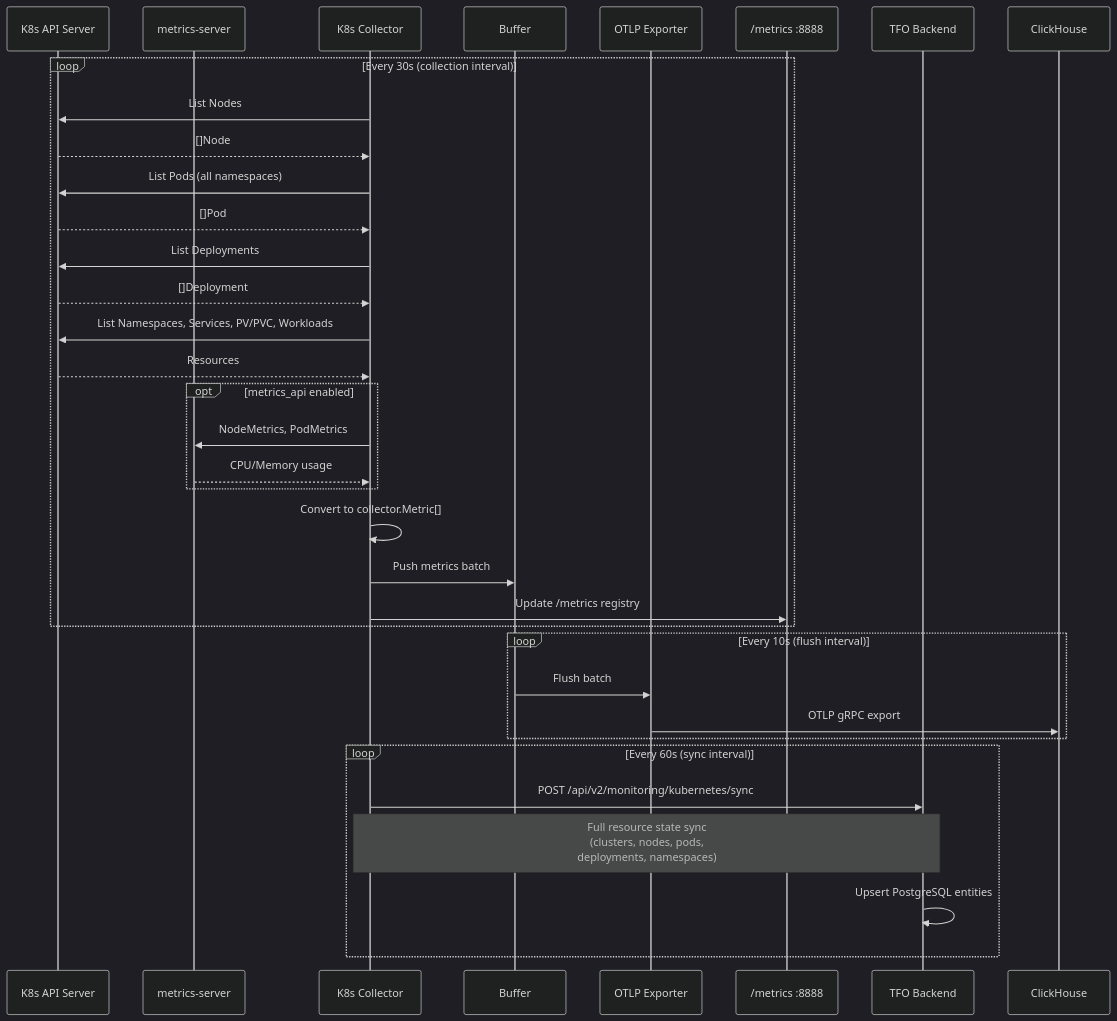
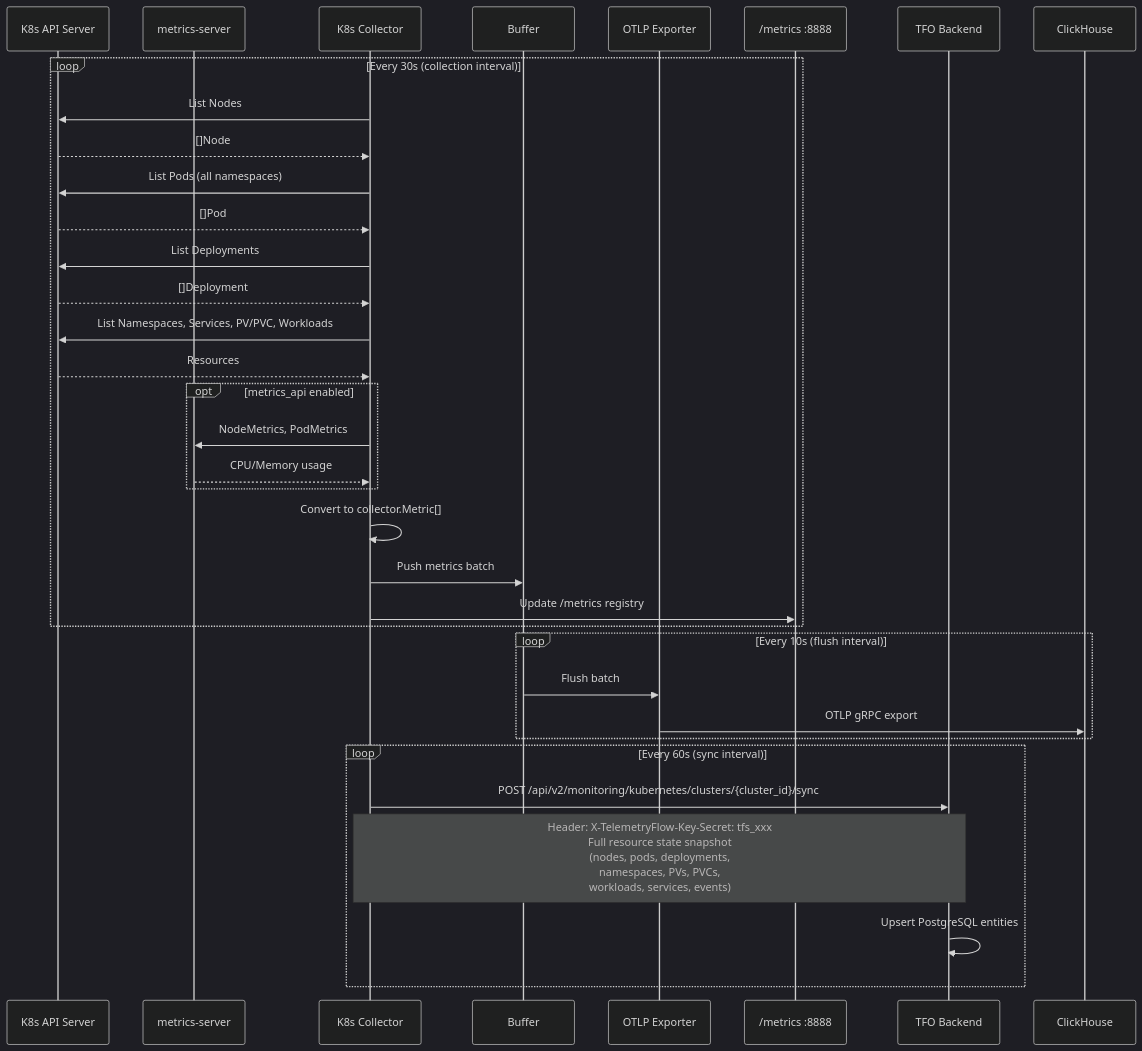
Before and after one commit to telemetryflow/telemetryflow-agent: the third of 3 diagrams in docs/integrations/KUBERNETES-COLLECTOR.md, drawn with Mermaid (dark theme). The commit also changed other lines of this file and 21 other files, not shown here.

Commit message:
feat: Update TFO-Agent 1.1.7 for Kubernetes Sync with TFO-Platform

````diff
--- a/docs/integrations/KUBERNETES-COLLECTOR.md
+++ b/docs/integrations/KUBERNETES-COLLECTOR.md
@@ -315,42 +320,42 @@
 ```mermaid
 sequenceDiagram
     participant K8sAPI as K8s API Server
     participant MetricsSrv as metrics-server
     participant KC as K8s Collector
     participant Buf as Buffer
     participant OTLP as OTLP Exporter
     participant Prom as /metrics :8888
     participant Backend as TFO Backend
     participant CH as ClickHouse
 
     loop Every 30s (collection interval)
         KC->>K8sAPI: List Nodes
         K8sAPI-->>KC: []Node
         KC->>K8sAPI: List Pods (all namespaces)
         K8sAPI-->>KC: []Pod
         KC->>K8sAPI: List Deployments
         K8sAPI-->>KC: []Deployment
         KC->>K8sAPI: List Namespaces, Services, PV/PVC, Workloads
         K8sAPI-->>KC: Resources
 
         opt metrics_api enabled
             KC->>MetricsSrv: NodeMetrics, PodMetrics
             MetricsSrv-->>KC: CPU/Memory usage
         end
 
         KC->>KC: Convert to collector.Metric[]
         KC->>Buf: Push metrics batch
         KC->>Prom: Update /metrics registry
     end
 
     loop Every 10s (flush interval)
         Buf->>OTLP: Flush batch
         OTLP->>CH: OTLP gRPC export
     end
 
     loop Every 60s (sync interval)
-        KC->>Backend: POST /api/v2/monitoring/kubernetes/sync
-        Note over KC,Backend: Full resource state sync<br/>(clusters, nodes, pods,<br/>deployments, namespaces)
+        KC->>Backend: POST /api/v2/monitoring/kubernetes/clusters/{cluster_id}/sync
+        Note over KC,Backend: Header: X-TelemetryFlow-Key-Secret: tfs_xxx<br/>Full resource state snapshot<br/>(nodes, pods, deployments,<br/>namespaces, PVs, PVCs,<br/>workloads, services, events)
         Backend->>Backend: Upsert PostgreSQL entities
     end
 ```
````
